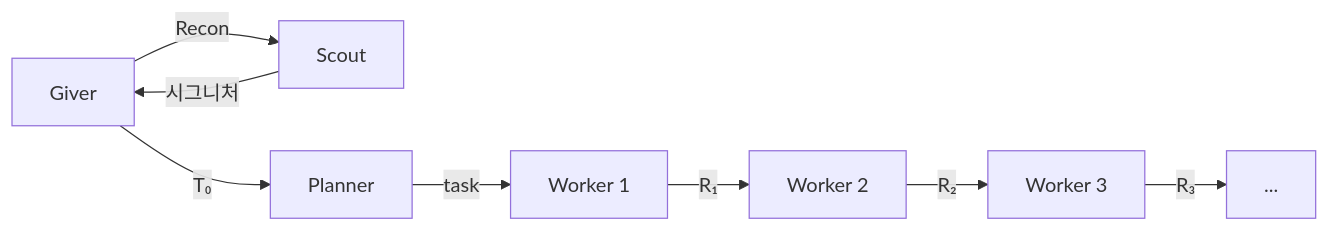
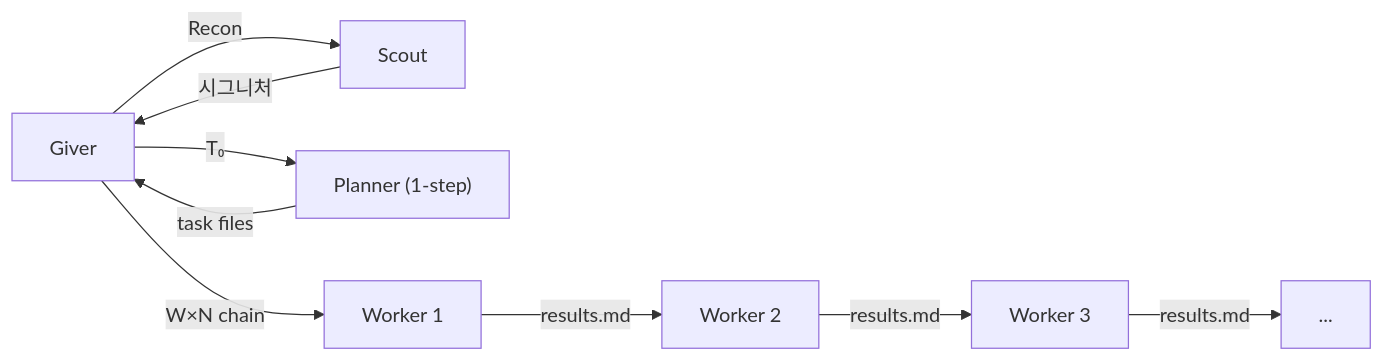
Before and after one commit to sng2c/giver-architecture: the diagram in README.md, drawn with Mermaid.

Commit message:
README: v3.7.2/v3.7.3 history, pipeline diagram update

````diff
--- a/README.md
+++ b/README.md
@@ -39,10 +39,11 @@
 ```mermaid
 graph LR
     G["Giver"] -->|Recon| S["Scout"]
     S -->|시그니처| G
-    G -->|"T₀"| P["Planner"]
-    P -->|task| W1["Worker 1"]
-    W1 -->|R₁| W2["Worker 2"]
-    W2 -->|R₂| W3["Worker 3"]
-    W3 -->|R₃| W4["..."]
+    G -->|"T₀"| P["Planner (1-step)"]
+    P -->|task files| G
+    G -->|W×N chain| W1["Worker 1"]
+    W1 -->|results.md| W2["Worker 2"]
+    W2 -->|results.md| W3["Worker 3"]
+    W3 -->|results.md| W4["..."]
 ```
````
